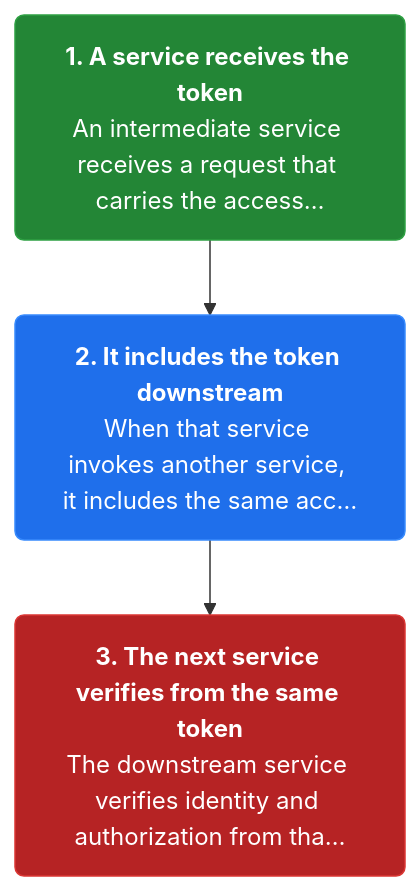
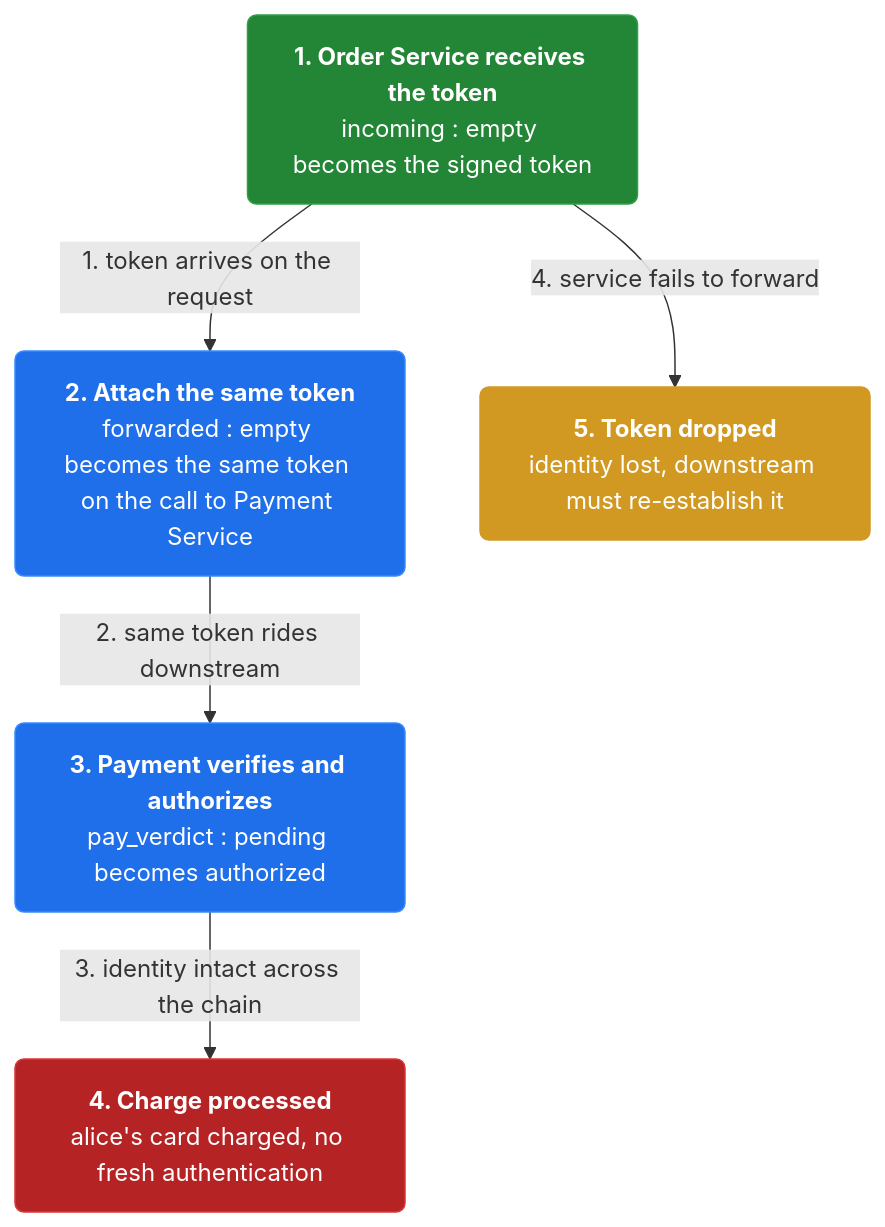
The third of 3 diagrams in docs/ch28-access-token.md (vinayakuber/microservices-io-study-guide), drawn with Mermaid before and after one commit. The commit also changed other lines of this file and 46 other files, not shown here.

First line of the commit message:
Author rich branching flow diagrams for all 44 chapters

````diff
--- a/docs/ch28-access-token.md
+++ b/docs/ch28-access-token.md
@@ -92,11 +108,17 @@
 ```mermaid
 flowchart TD
-  classDef step fill:#1f6feb,color:#ffffff,stroke:#388bfd,stroke-width:1px,rx:6
+  classDef step fill:#1f6feb,color:#ffffff,stroke:#388bfd,rx:6
+  classDef core fill:#8250df,color:#ffffff,stroke:#8250df,rx:6
+  classDef warn fill:#d29922,color:#ffffff,stroke:#d29922,rx:6
   classDef start fill:#238636,color:#ffffff,stroke:#2ea043,rx:6
   classDef stop fill:#b62324,color:#ffffff,stroke:#da3633,rx:6
-  s2n0["<b>1. A service receives the token</b><br/>An intermediate service receives a request that carries the access…"]:::start
-  s2n1["<b>2. It includes the token downstream</b><br/>When that service invokes another service, it includes the same acc…"]:::step
-  s2n2["<b>3. The next service verifies from the same token</b><br/>The downstream service verifies identity and authorization from tha…"]:::stop
-  s2n0 --> s2n1
-  s2n1 --> s2n2
+  n0["<b>1. Order Service receives the token</b><br/>incoming : empty becomes the signed token"]:::start
+  n1["<b>2. Attach the same token</b><br/>forwarded : empty becomes the same token on the call to Payment Service"]:::step
+  n2["<b>3. Payment verifies and authorizes</b><br/>pay_verdict : pending becomes authorized"]:::step
+  n3["<b>4. Charge processed</b><br/>alice's card charged, no fresh authentication"]:::stop
+  n4["<b>5. Token dropped</b><br/>identity lost, downstream must re-establish it"]:::warn
+  n0 -->|"1. token arrives on the request"| n1
+  n1 -->|"2. same token rides downstream"| n2
+  n2 -->|"3. identity intact across the chain"| n3
+  n0 -->|"4. service fails to forward"| n4
 ```
````
